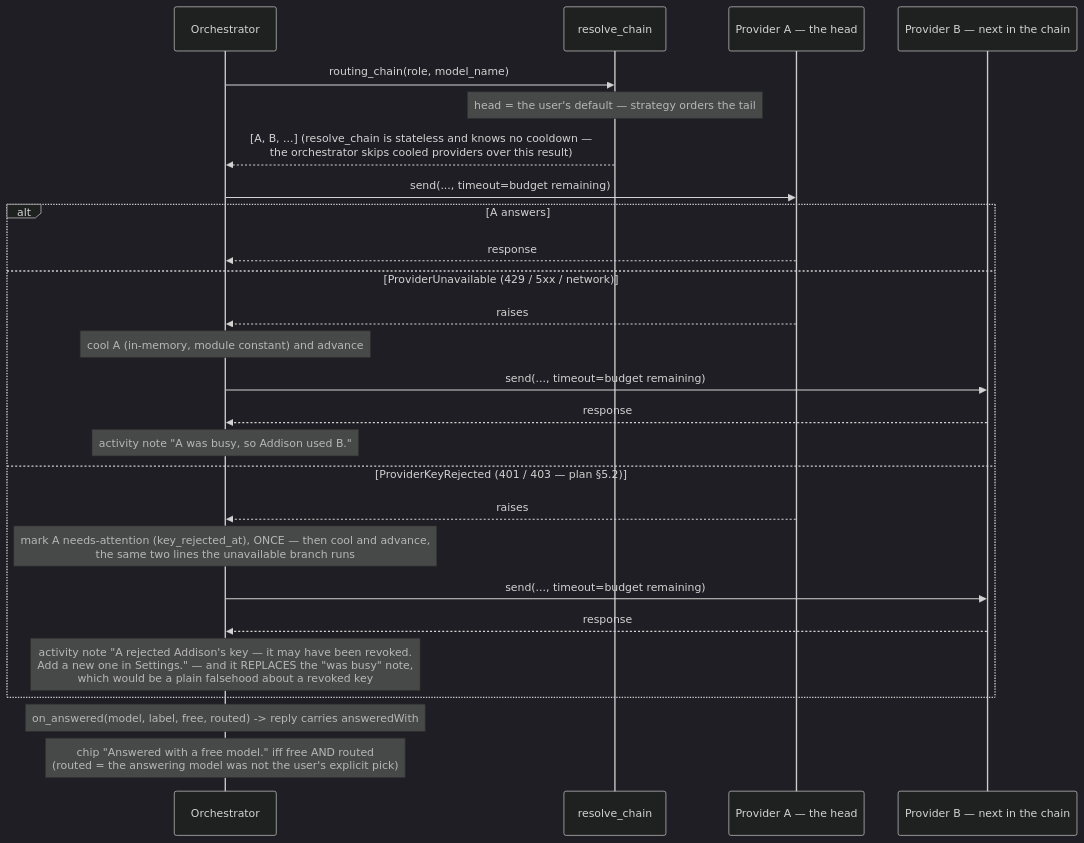
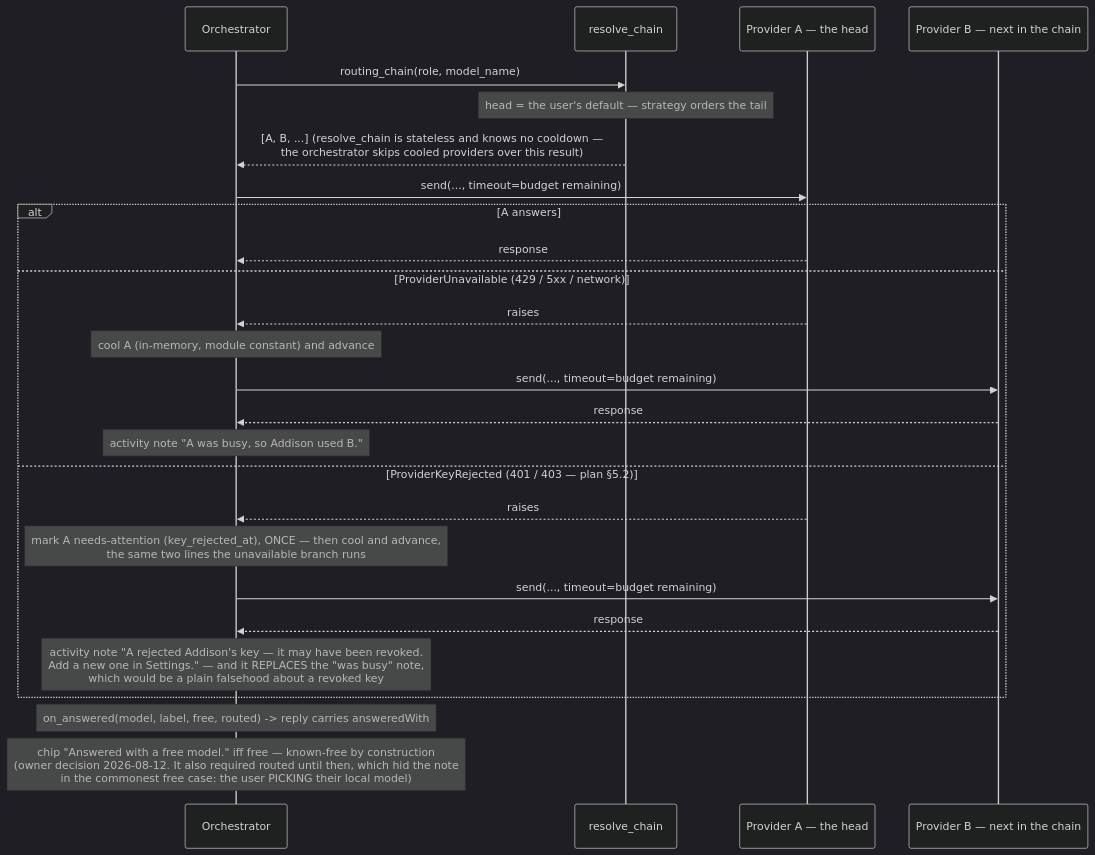
Before and after one commit to N041M/Addison: diagram 14 of 16 in docs/flows.md, drawn with Mermaid (dark theme). The commit also changed 10 other files, not shown here.

````diff
--- a/docs/flows.md
+++ b/docs/flows.md
@@ -612,29 +612,29 @@
 ```mermaid
 sequenceDiagram
     participant ORC as Orchestrator
     participant RC as resolve_chain
     participant A as Provider A — the head
     participant B as Provider B — next in the chain
 
     ORC->>RC: routing_chain(role, model_name)
     Note over RC: head = the user's default — strategy orders the tail
     RC-->>ORC: [A, B, ...] (resolve_chain is stateless and knows no cooldown —<br/>the orchestrator skips cooled providers over this result)
     ORC->>A: send(..., timeout=budget remaining)
     alt A answers
         A-->>ORC: response
     else ProviderUnavailable (429 / 5xx / network)
         A-->>ORC: raises
         Note over ORC: cool A (in-memory, module constant) and advance
         ORC->>B: send(..., timeout=budget remaining)
         B-->>ORC: response
         Note over ORC: activity note "A was busy, so Addison used B."
     else ProviderKeyRejected (401 / 403 — plan §5.2)
         A-->>ORC: raises
         Note over ORC: mark A needs-attention (key_rejected_at), ONCE — then cool and advance,<br/>the same two lines the unavailable branch runs
         ORC->>B: send(..., timeout=budget remaining)
         B-->>ORC: response
         Note over ORC: activity note "A rejected Addison's key — it may have been revoked.<br/>Add a new one in Settings." — and it REPLACES the "was busy" note,<br/>which would be a plain falsehood about a revoked key
     end
     Note over ORC: on_answered(model, label, free, routed) -> reply carries answeredWith
-    Note over ORC: chip "Answered with a free model." iff free AND routed<br/>(routed = the answering model was not the user's explicit pick)
+    Note over ORC: chip "Answered with a free model." iff free — known-free by construction<br/>(owner decision 2026-08-12. It also required routed until then, which hid the note<br/>in the commonest free case: the user PICKING their local model)
 ```
````
